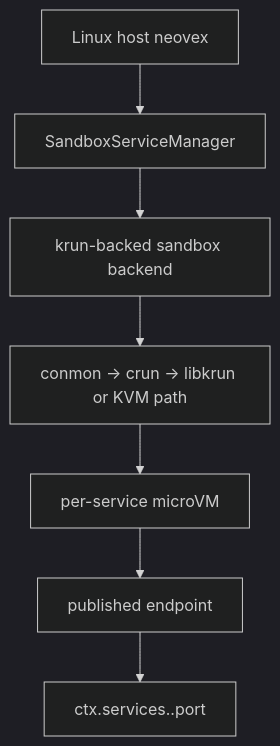
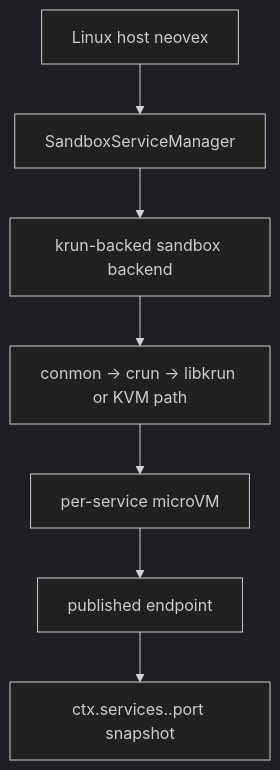
The sixth of 6 diagrams in docs/reference/macos-machine-flow.md (nimbus/nimbus), drawn with Mermaid (dark theme) before and after one commit. The commit also changed other lines of this file and 15 other files, not shown here.

````diff
--- a/docs/reference/macos-machine-flow.md
+++ b/docs/reference/macos-machine-flow.md
@@ -339,9 +340,9 @@
 ```mermaid
 flowchart TD
     A["Linux host neovex"] --> B["SandboxServiceManager"]
     B --> C["krun-backed sandbox backend"]
     C --> D["conmon -> crun -> libkrun or KVM path"]
     D --> E["per-service microVM"]
     E --> F["published endpoint"]
-    F --> G["ctx.services.<name>.port"]
+    F --> G["ctx.services.<name>.port snapshot"]
 ```
````
